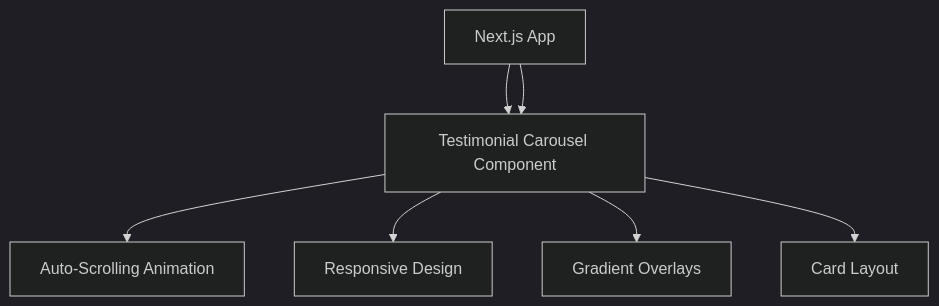
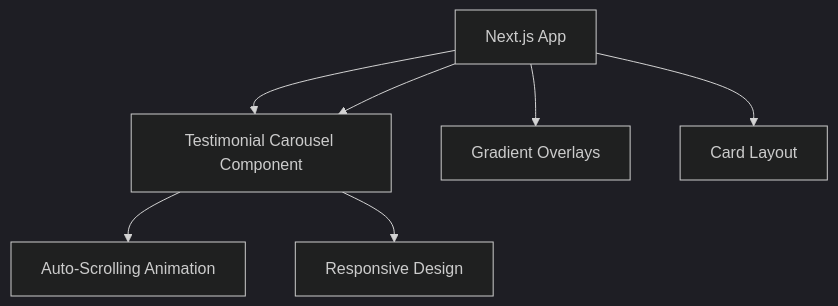
Before and after one commit to girishlade111/testimonial-carousel: the diagram in README.md, drawn with Mermaid (dark theme).

Commit message:
docs: update architecture diagram relationships in README.md

````diff
--- a/README.md
+++ b/README.md
@@ -29,10 +29,10 @@
 ```mermaid  
 
  graph TD
     A[Next.js App] --> B[Testimonial Carousel Component]
     A --> B
     B --> C[Auto-Scrolling Animation]
     B --> D[Responsive Design]
-    B --> E[Gradient Overlays]
-    B --> F[Card Layout]
+    A --> E[Gradient Overlays]
+    A --> F[Card Layout]
 ```
````
